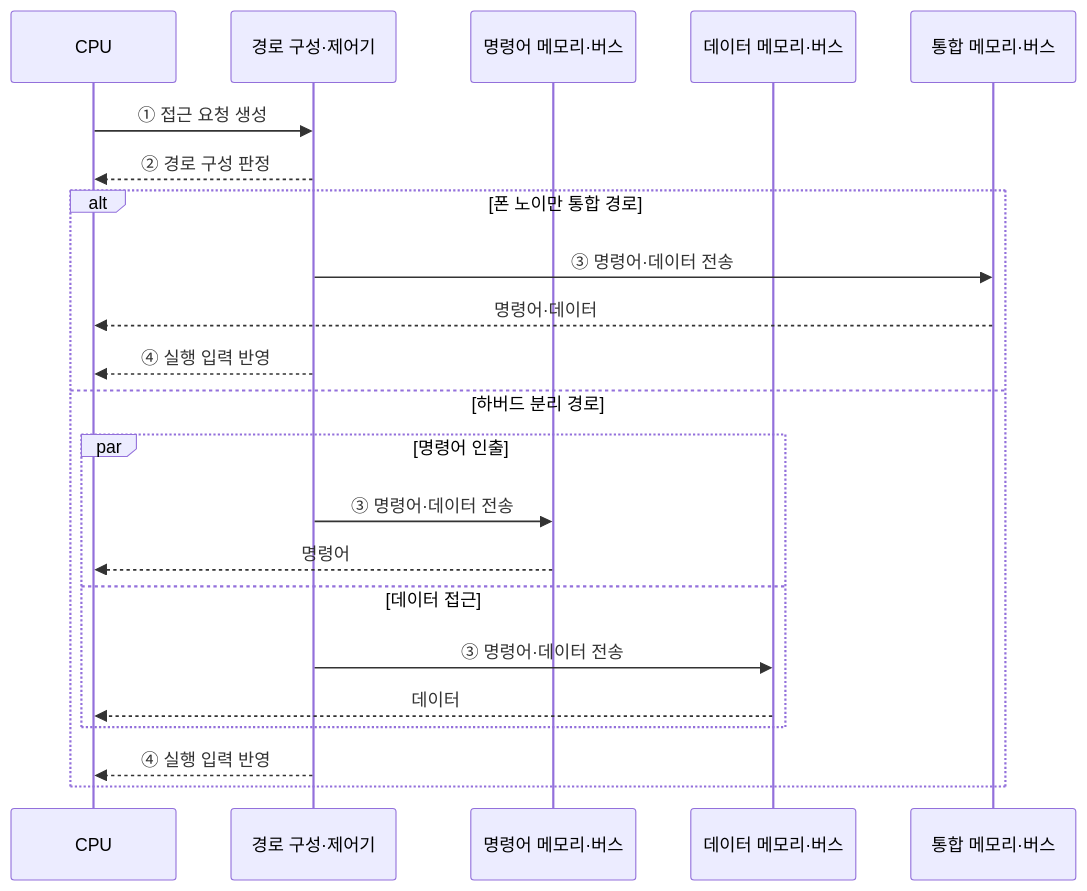
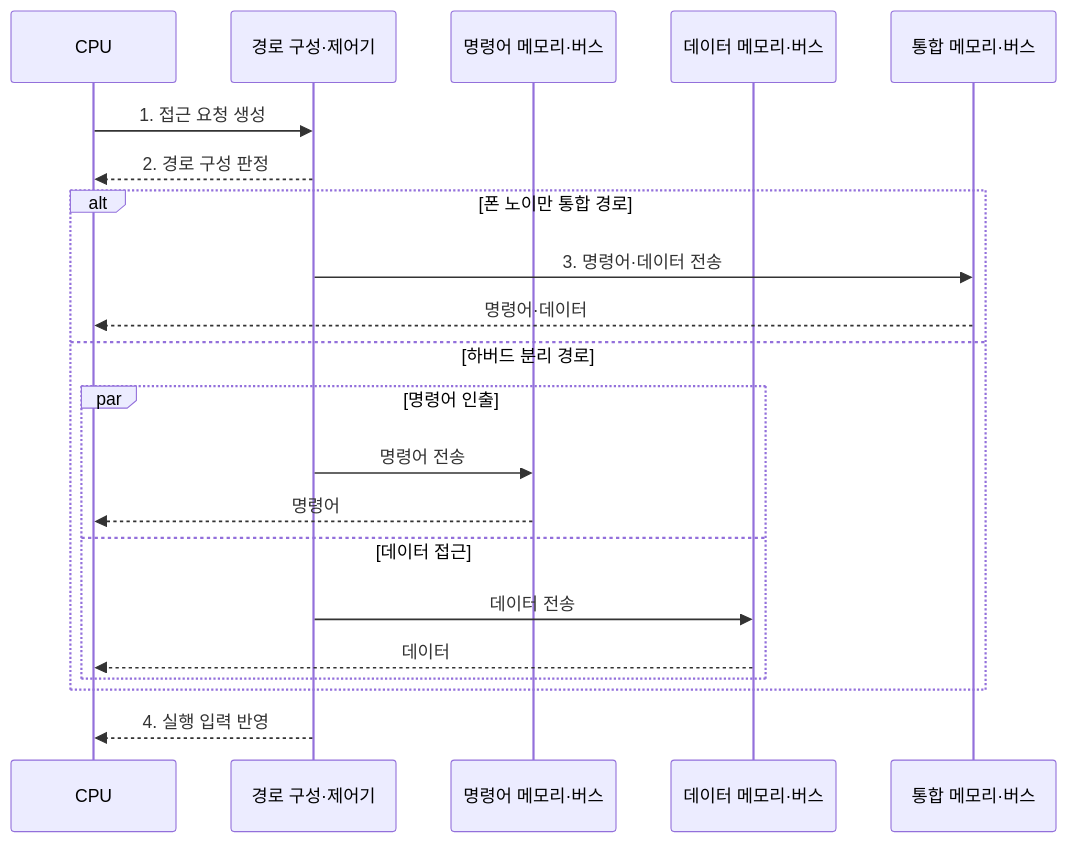
Before and after one commit to agnusdei1207/knowledge-base: the second of 2 diagrams in src/content/docs/notes/02-hardware/001_von_neumann_vs_harvard.md, drawn with Mermaid. The commit also changed other lines of this file and 20 other files, not shown here.

````diff
--- a/src/content/docs/notes/02-hardware/001_von_neumann_vs_harvard.md
+++ b/src/content/docs/notes/02-hardware/001_von_neumann_vs_harvard.md
@@ -80,24 +84,23 @@
 ```mermaid
 sequenceDiagram
     participant C as CPU
     participant P as 경로 구성·제어기
     participant I as 명령어 메모리·버스
     participant D as 데이터 메모리·버스
     participant M as 통합 메모리·버스
-    C->>P: ① 접근 요청 생성
-    P-->>C: ② 경로 구성 판정
+    C->>P: 1. 접근 요청 생성
+    P-->>C: 2. 경로 구성 판정
     alt 폰 노이만 통합 경로
-        P->>M: ③ 명령어·데이터 전송
+        P->>M: 3. 명령어·데이터 전송
         M-->>C: 명령어·데이터
-        P-->>C: ④ 실행 입력 반영
     else 하버드 분리 경로
         par 명령어 인출
-            P->>I: ③ 명령어·데이터 전송
+            P->>I: 명령어 전송
             I-->>C: 명령어
         and 데이터 접근
-            P->>D: ③ 명령어·데이터 전송
+            P->>D: 데이터 전송
             D-->>C: 데이터
         end
-        P-->>C: ④ 실행 입력 반영
     end
+    P-->>C: 4. 실행 입력 반영
 ```
````
